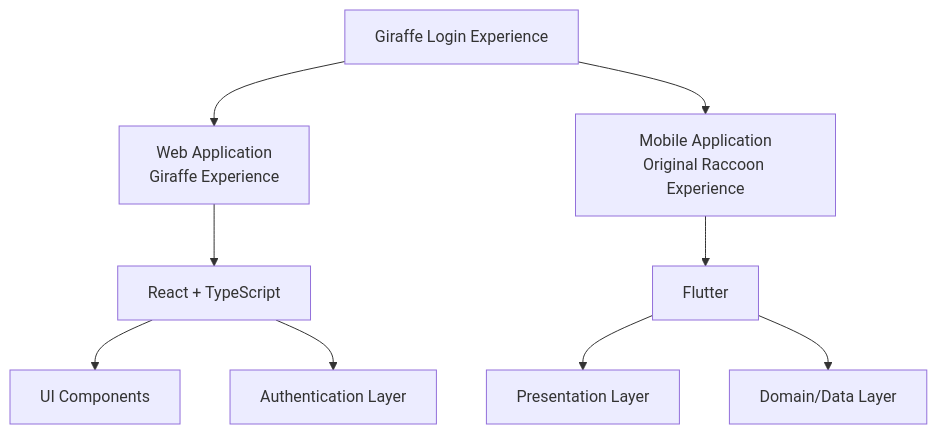
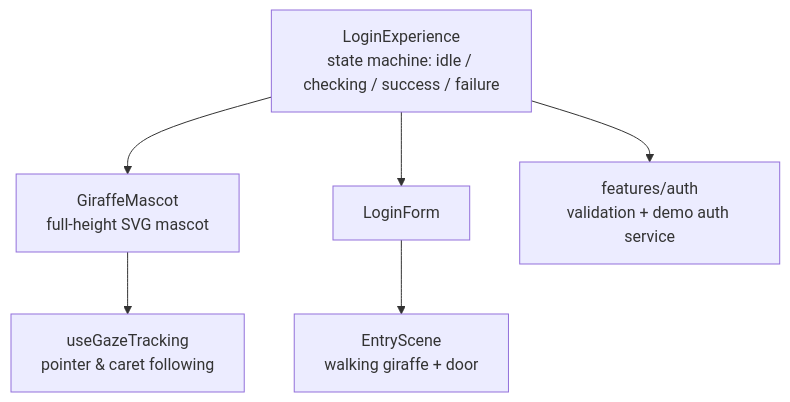
The diagram in README.md (sajjad-dehghan/giraffe-login-experience), drawn with Mermaid before and after one commit. The commit also changed other lines of this file, not shown here.

First line of the commit message:
docs: make README reflect the web-only giraffe implementation

````diff
--- a/README.md
+++ b/README.md
@@ -87,16 +87,13 @@
 ```mermaid
 graph TD
 
-A[Giraffe Login Experience]
+A[LoginExperience<br/>state machine: idle / checking / success / failure]
 
-A --> B[Web Application<br/>Giraffe Experience]
-A --> C[Mobile Application<br/>Original Raccoon Experience]
+A --> B[GiraffeMascot<br/>full-height SVG mascot]
+A --> C[LoginForm]
+C --> D[EntryScene<br/>walking giraffe + door]
 
-B --> D[React + TypeScript]
-D --> E[UI Components]
-D --> F[Authentication Layer]
+B --> E[useGazeTracking<br/>pointer & caret following]
 
-C --> G[Flutter]
-G --> H[Presentation Layer]
-G --> I[Domain/Data Layer]
+A --> F[features/auth<br/>validation + demo auth service]
 ```
````
